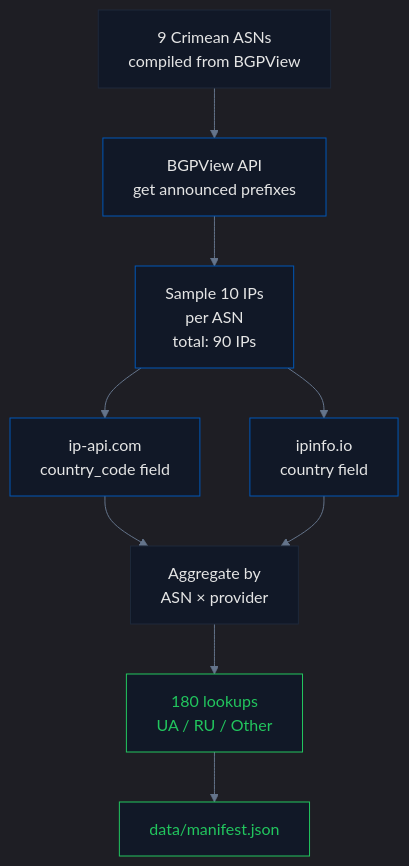
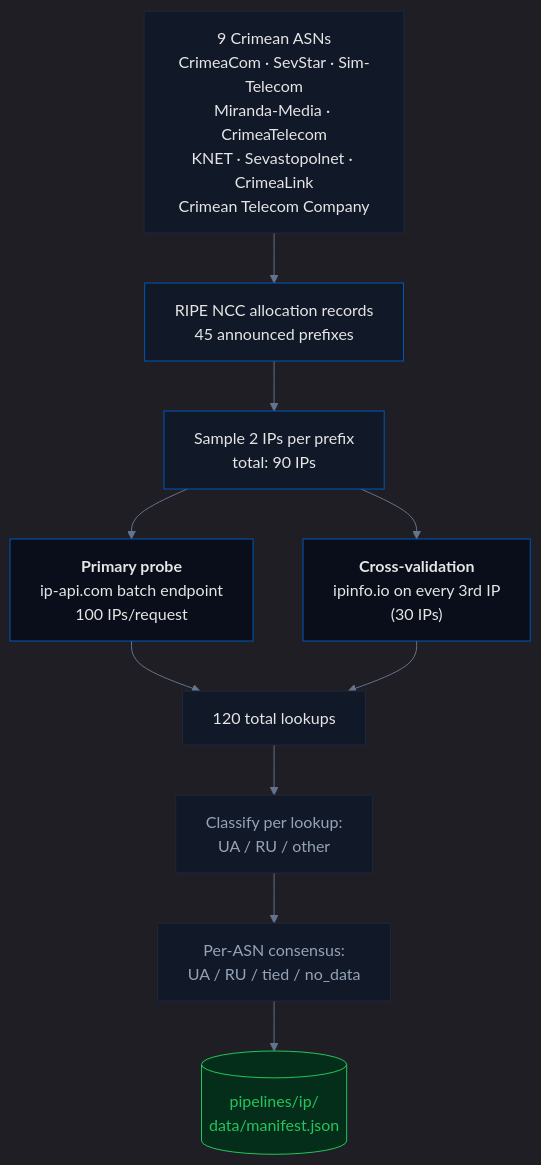
Before and after one commit to IvanDobrovolsky/crimeaisukraine: the second of 2 diagrams in pipelines/ip/README.md, drawn with Mermaid. The commit also changed other lines of this file and 9 other files, not shown here.

First line of the commit message:
Telecom + IP + Media pipelines: definitive briefings with live data, supply-chain diagrams, statistics, methodology clarifications

````diff
--- a/pipelines/ip/README.md
+++ b/pipelines/ip/README.md
@@ -51,21 +103,23 @@
 ```mermaid
-%%{init: {'theme': 'dark', 'themeVariables': {'primaryColor': '#0057b7', 'primaryTextColor': '#e5e5e5', 'lineColor': '#64748b', 'primaryBorderColor': '#1e293b', 'secondaryColor': '#111827', 'tertiaryColor': '#0a0e1a'}}}%%
-graph TB
-    A["9 Crimean ASNs<br/>compiled from BGPView"] --> B["BGPView API<br/>get announced prefixes"]
-    B --> C["Sample 10 IPs<br/>per ASN<br/>total: 90 IPs"]
-    C --> D["ip-api.com<br/>country_code field"]
-    C --> E["ipinfo.io<br/>country field"]
-    D --> F["Aggregate by<br/>ASN × provider"]
-    E --> F
-    F --> G["180 lookups<br/>UA / RU / Other"]
-    G --> H["data/manifest.json"]
+%%{init: {'theme': 'dark', 'themeVariables': {'primaryColor': '#0057b7', 'primaryTextColor': '#e5e5e5', 'lineColor': '#64748b', 'primaryBorderColor': '#1e293b'}}}%%
+flowchart TB
+    ASNS["9 Crimean ASNs<br/>CrimeaCom · SevStar · Sim-Telecom<br/>Miranda-Media · CrimeaTelecom<br/>KNET · Sevastopolnet · CrimeaLink<br/>Crimean Telecom Company"] --> PREFIX["RIPE NCC allocation records<br/>45 announced prefixes"]
+    PREFIX --> SAMPLE["Sample 2 IPs per prefix<br/>total: 90 IPs"]
+    SAMPLE --> P1["<b>Primary probe</b><br/>ip-api.com batch endpoint<br/>100 IPs/request"]
+    SAMPLE --> P2["<b>Cross-validation</b><br/>ipinfo.io on every 3rd IP<br/>(30 IPs)"]
+    P1 --> MERGE[120 total lookups]
+    P2 --> MERGE
+    MERGE --> CLS["Classify per lookup:<br/>UA / RU / other"]
+    CLS --> ASN_AGG["Per-ASN consensus:<br/>UA / RU / tied / no_data"]
+    ASN_AGG --> MANIFEST[("pipelines/ip/<br/>data/manifest.json")]
 
-    style A fill:#111827,stroke:#1e293b,color:#e5e5e5
-    style B fill:#111827,stroke:#0057b7,color:#e5e5e5
-    style C fill:#111827,stroke:#0057b7,color:#e5e5e5
-    style D fill:#111827,stroke:#0057b7,color:#e5e5e5
-    style E fill:#111827,stroke:#0057b7,color:#e5e5e5
-    style F fill:#111827,stroke:#1e293b,color:#e5e5e5
-    style G fill:#111827,stroke:#22c55e,color:#22c55e
-    style H fill:#111827,stroke:#22c55e,color:#22c55e
+    style ASNS fill:#111827,stroke:#1e293b,color:#e5e5e5
+    style PREFIX fill:#111827,stroke:#0057b7,color:#e5e5e5
+    style SAMPLE fill:#111827,stroke:#0057b7,color:#e5e5e5
+    style P1 fill:#0a0e1a,stroke:#0057b7,color:#e5e5e5
+    style P2 fill:#0a0e1a,stroke:#0057b7,color:#e5e5e5
+    style MERGE fill:#111827,stroke:#1e293b,color:#e5e5e5
+    style CLS fill:#111827,stroke:#1e293b,color:#94a3b8
+    style ASN_AGG fill:#111827,stroke:#1e293b,color:#94a3b8
+    style MANIFEST fill:#052e1a,stroke:#22c55e,color:#22c55e
 ```
````
